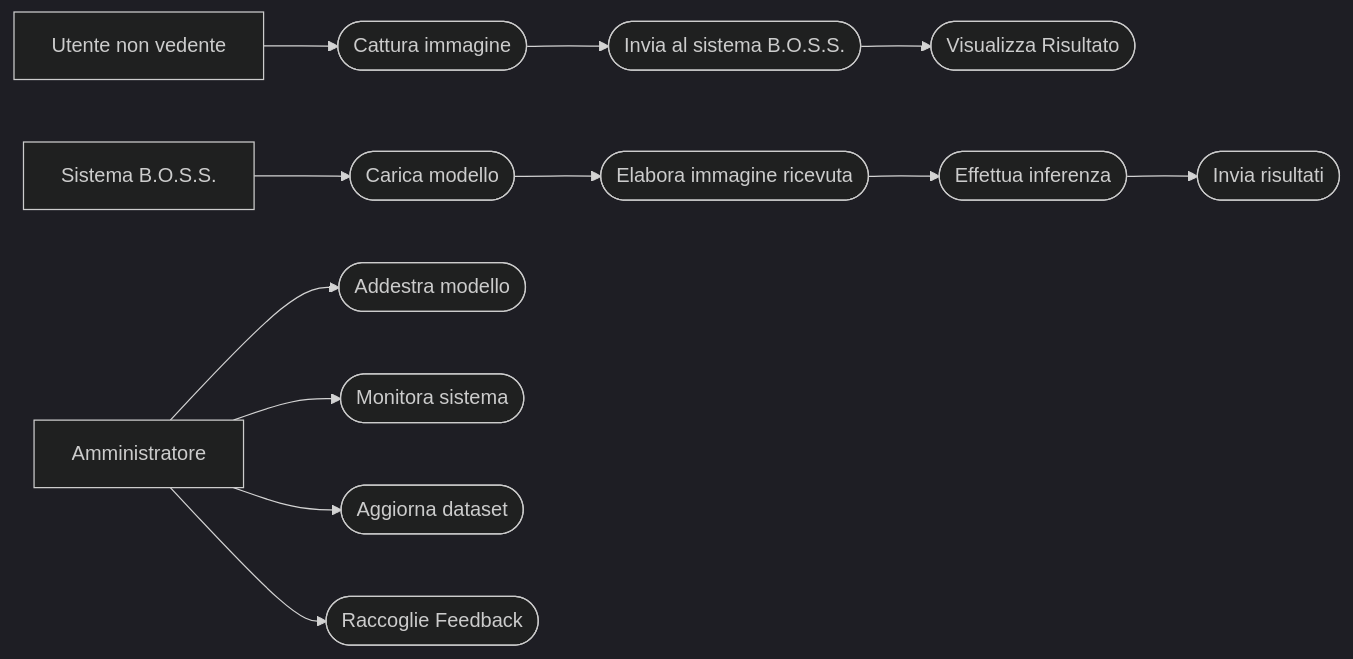
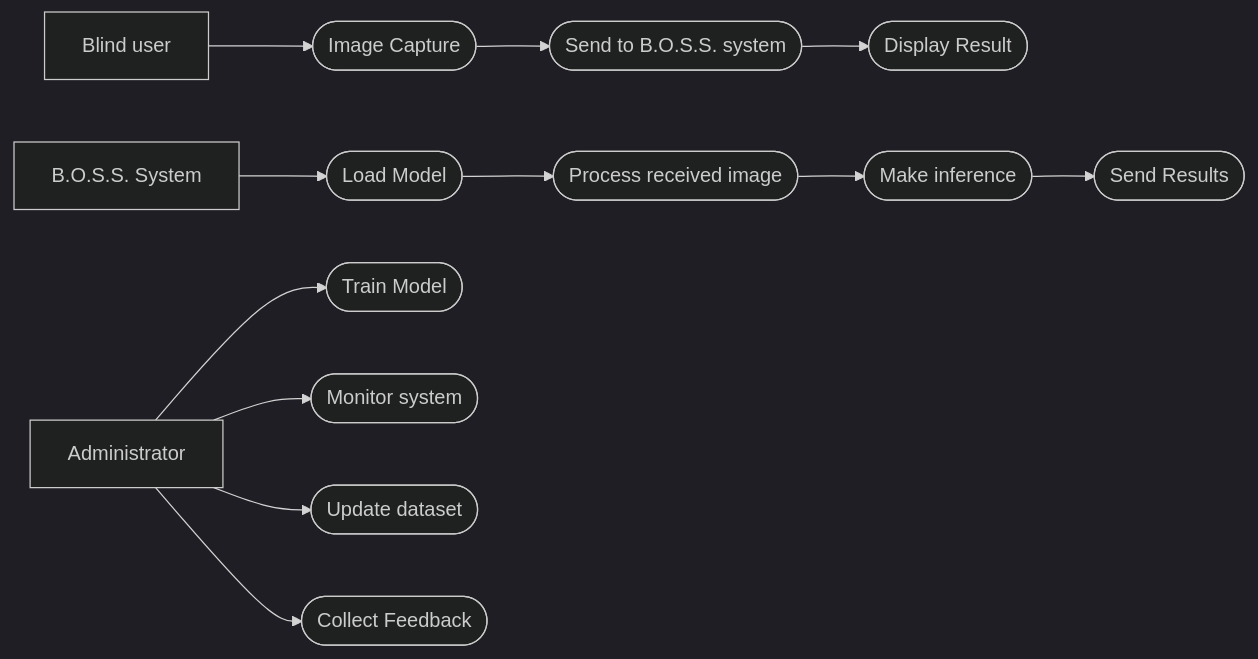
The fifth of 6 diagrams in README.md (riccardosemeraro/B.O.S.S.-Branch-Bellusci-SSD300-VGG16), drawn with Mermaid (dark theme) before and after one commit. The commit also changed other lines of this file and 1 other file, not shown here.

````diff
--- a/README.md
+++ b/README.md
@@ -513,23 +511,23 @@
 ```mermaid
 
 flowchart LR
-  User[Utente non vedente]
-  Admin[Amministratore]
-  System[Sistema B.O.S.S.]
+  User[Blind user]
+  Admin[Administrator]
+  System[B.O.S.S. System]
 
-  UC1([Cattura immagine])
-  UC2([Invia al sistema B.O.S.S.])
-  UC3([Visualizza Risultato])
+  UC1([Image Capture])
+  UC2([Send to B.O.S.S. system])
+  UC3([Display Result])
 
-  UC5([Carica modello])
-  UC6([Elabora immagine ricevuta])
-  UC7([Effettua inferenza])
-  UC8([Invia risultati])
+  UC5([Load Model])
+  UC6([Process received image])
+  UC7([Make inference])
+  UC8([Send Results])
 
   User --> UC1 --> UC2 --> UC3
   System --> UC5 --> UC6 --> UC7 --> UC8
-  Admin --> A1([Addestra modello])
-  Admin --> A2([Monitora sistema])
-  Admin --> A3([Aggiorna dataset])
-  Admin --> A4([Raccoglie Feedback])
+  Admin --> A1([Train Model])
+  Admin --> A2([Monitor system])
+  Admin --> A3([Update dataset])
+  Admin --> A4([Collect Feedback])
 ```
````
